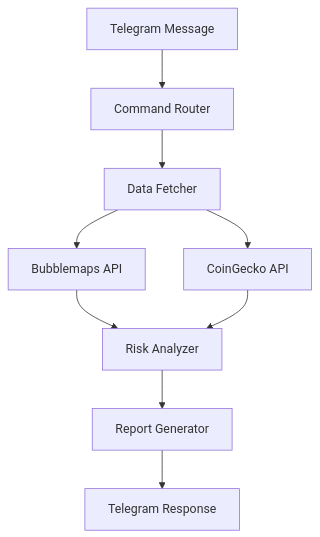
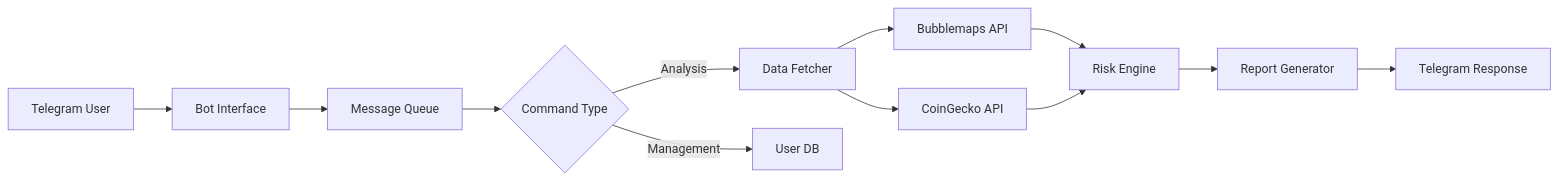
Before and after one commit to Ksschkw/TheBubbleSnitchBot-2: the second of 2 diagrams in README.md, drawn with Mermaid. The commit also changed other lines of this file and 2 other files, not shown here.

Commit message:
updated risk score akgorithm and README

````diff
--- a/README.md
+++ b/README.md
@@ -97,11 +212,14 @@
 ```mermaid
-graph TD
-    A[Telegram Message] --> B[Command Router]
-    B --> C[Data Fetcher]
-    C --> D[Bubblemaps API]
-    C --> E[CoinGecko API]
-    D --> F[Risk Analyzer]
-    E --> F
-    F --> G[Report Generator]
-    G --> H[Telegram Response]
+graph LR
+    A[Telegram User] --> B[Bot Interface]
+    B --> C[Message Queue]
+    C --> D{Command Type}
+    D -->|Analysis| E[Data Fetcher]
+    D -->|Management| F[User DB]
+    E --> G[Bubblemaps API]
+    E --> H[CoinGecko API]
+    G --> I[Risk Engine]
+    H --> I
+    I --> J[Report Generator]
+    J --> K[Telegram Response]
 ```
````
